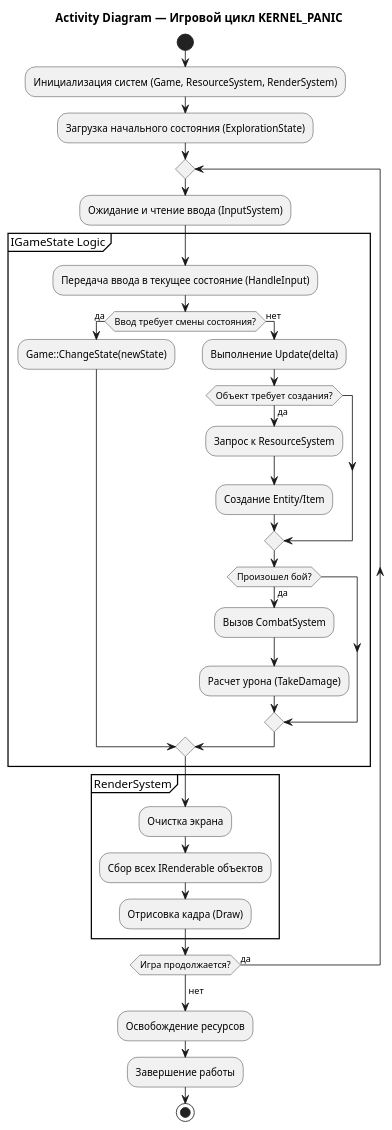
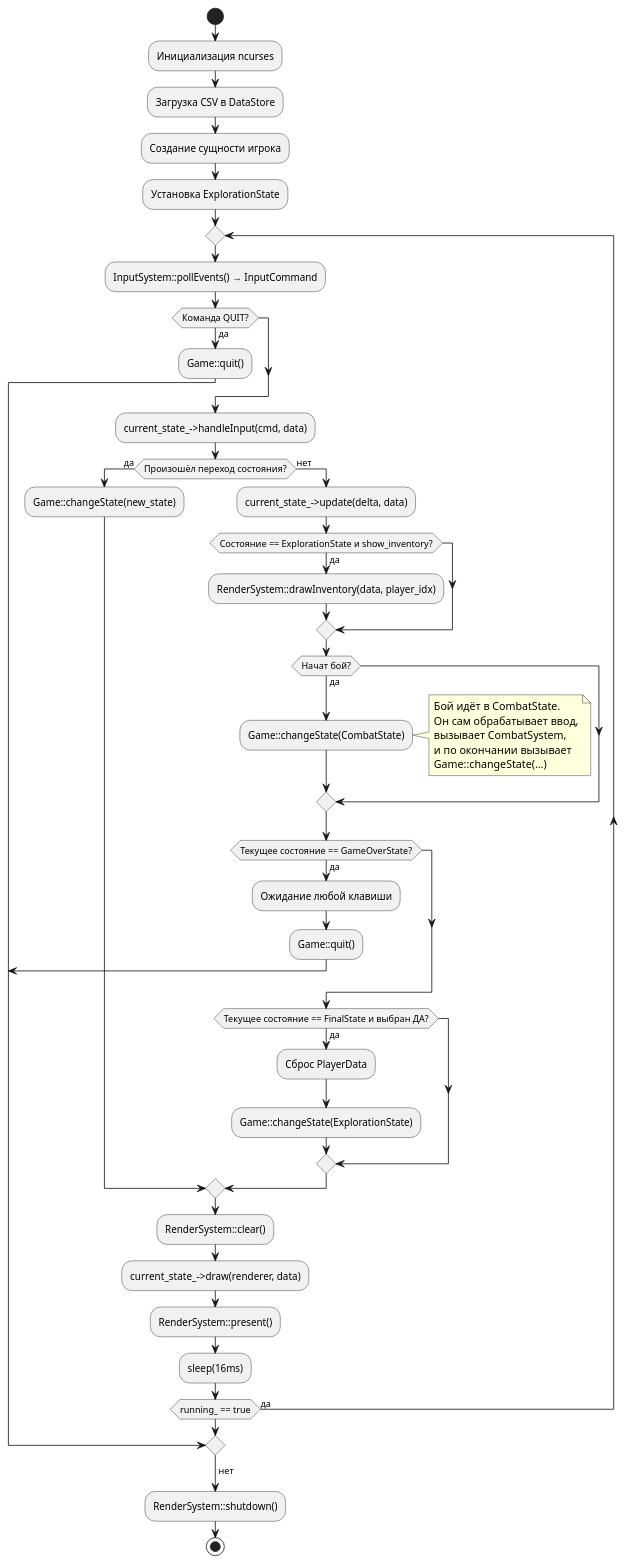
The diagram in UML/ActivityDiagram.wsd (p0sd7/KERNEL_PANIC), drawn with PlantUML before and after one commit. The commit also changed 71 other files, not shown here.

Commit message:
Architecture base made

```diff
--- a/UML/ActivityDiagram.wsd
+++ b/UML/ActivityDiagram.wsd
@@ -1,45 +1,63 @@
 @startuml ActivityDiagram
-title Activity Diagram — Игровой цикл KERNEL_PANIC
 
 start
 
-:Инициализация систем (Game, ResourceSystem, RenderSystem);
-:Загрузка начального состояния (ExplorationState);
+:Инициализация ncurses;
+:Загрузка CSV в DataStore;
+:Создание сущности игрока;
+:Установка ExplorationState;
 
 repeat
-    :Ожидание и чтение ввода (InputSystem);
+    :InputSystem::pollEvents() → InputCommand;
     
-    partition "IGameState Logic" {
-        :Передача ввода в текущее состояние (HandleInput);
+    if (Команда QUIT?) then (да)
+        :Game::quit();
+        break;
+    endif
+    
+    :current_state_->handleInput(cmd, data);
+    
+    if (Произошёл переход состояния?) then (да)
+        :Game::changeState(new_state);
+    else (нет)
+        :current_state_->update(delta, data);
         
-        if (Ввод требует смены состояния?) then (да)
-            :Game::ChangeState(newState);
-        else (нет)
-            :Выполнение Update(delta);
-            
-            if (Объект требует создания?) then (да)
-                :Запрос к ResourceSystem;
-                :Создание Entity/Item;
-            endif
-            
-            if (Произошел бой?) then (да)
-                :Вызов CombatSystem;
-                :Расчет урона (TakeDamage);
-            endif
+        if (Состояние == ExplorationState и show_inventory?) then (да)
+            :RenderSystem::drawInventory(data, player_idx);
         endif
-    }
+        
+        if (Начат бой?) then (да)
+            :Game::changeState(CombatState);
+            note right
+                Бой идёт в CombatState.
+                Он сам обрабатывает ввод,
+                вызывает CombatSystem,
+                и по окончании вызывает
+                Game::changeState(...)
+            end note
+        endif
+        
+        if (Текущее состояние == GameOverState?) then (да)
+            :Ожидание любой клавиши;
+            :Game::quit();
+            break;
+        endif
+        
+        if (Текущее состояние == FinalState и выбран ДА?) then (да)
+            :Сброс PlayerData;
+            :Game::changeState(ExplorationState);
+        endif
+    endif
+    
+    :RenderSystem::clear();
+    :current_state_->draw(renderer, data);
+    :RenderSystem::present();
+    :sleep(16ms);
 
-    partition "RenderSystem" {
-        :Очистка экрана;
-        :Сбор всех IRenderable объектов;
-        :Отрисовка кадра (Draw);
-    }
-
-repeat while (Игра продолжается?) is (да)
+repeat while (running_ == true) is (да)
 ->нет;
 
-:Освобождение ресурсов;
-:Завершение работы;
+:RenderSystem::shutdown();
+stop
 
-stop
 @enduml
```
